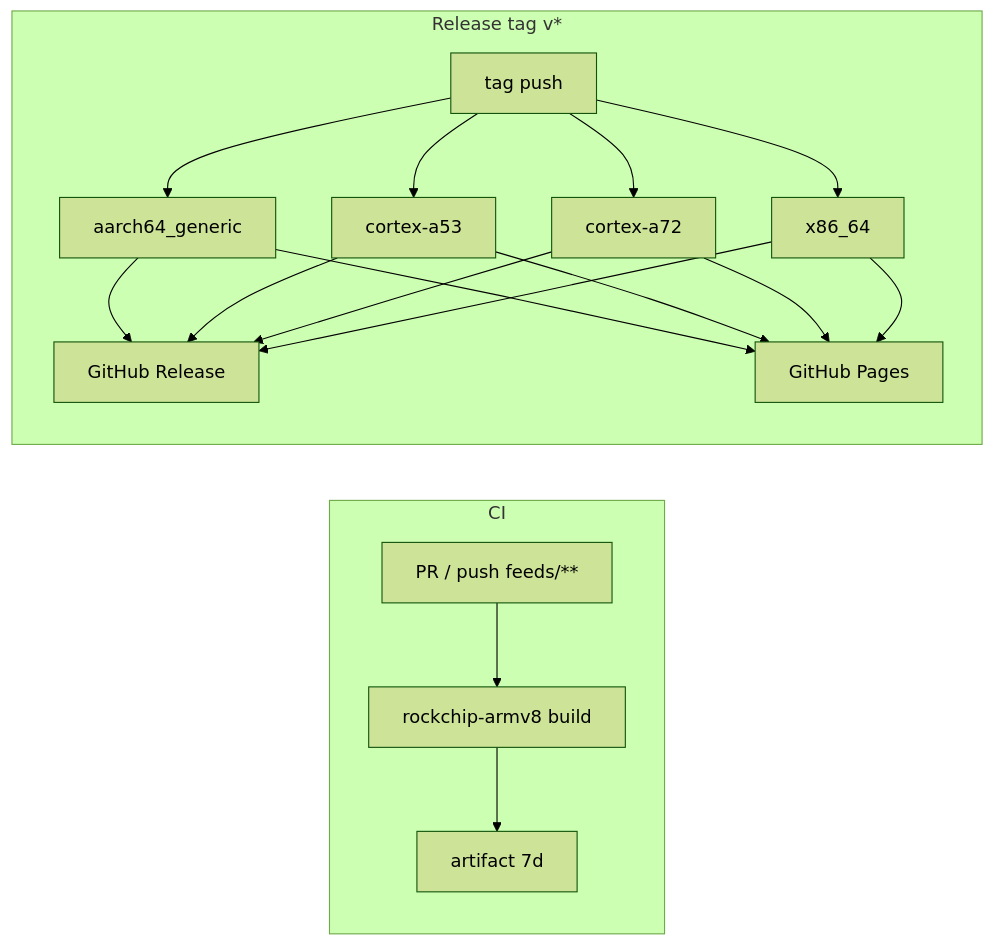
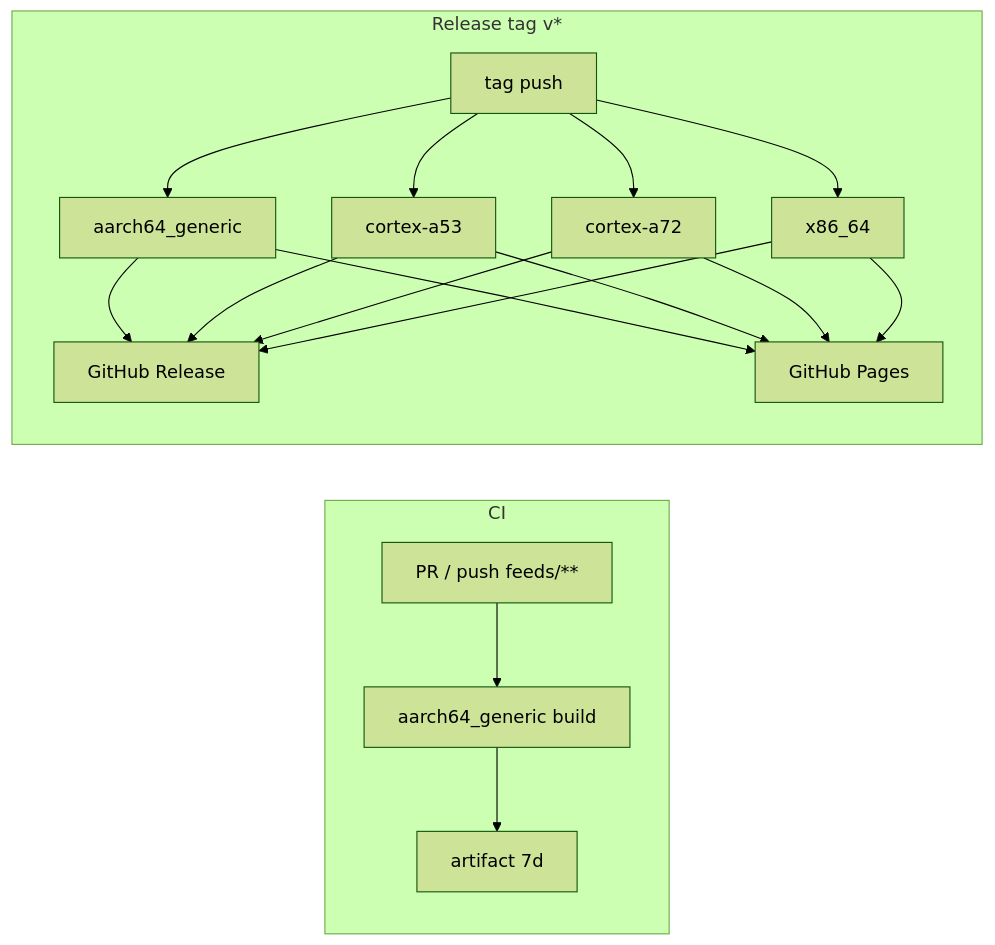
The diagram in docs/ci-github-actions-optimization.md (T-REX-XP/openwrt-packages), drawn with Mermaid (forest theme) before and after one commit. The commit also changed other lines of this file and 6 other files, not shown here.

````diff
--- a/docs/ci-github-actions-optimization.md
+++ b/docs/ci-github-actions-optimization.md
@@ -39,16 +39,16 @@
 ```mermaid
 flowchart LR
   subgraph ci [CI]
-    PR[PR / push feeds/**] --> RK[rockchip-armv8 build]
+    PR[PR / push feeds/**] --> RK[aarch64_generic build]
     RK --> Art[artifact 7d]
   end
 
   subgraph rel [Release tag v*]
     T[tag push] --> M1[aarch64_generic]
     T --> M2[cortex-a53]
     T --> M3[cortex-a72]
     T --> M4[x86_64]
     M1 & M2 & M3 & M4 --> GR[GitHub Release]
     M1 & M2 & M3 & M4 --> PG[GitHub Pages]
   end
 ```
````
